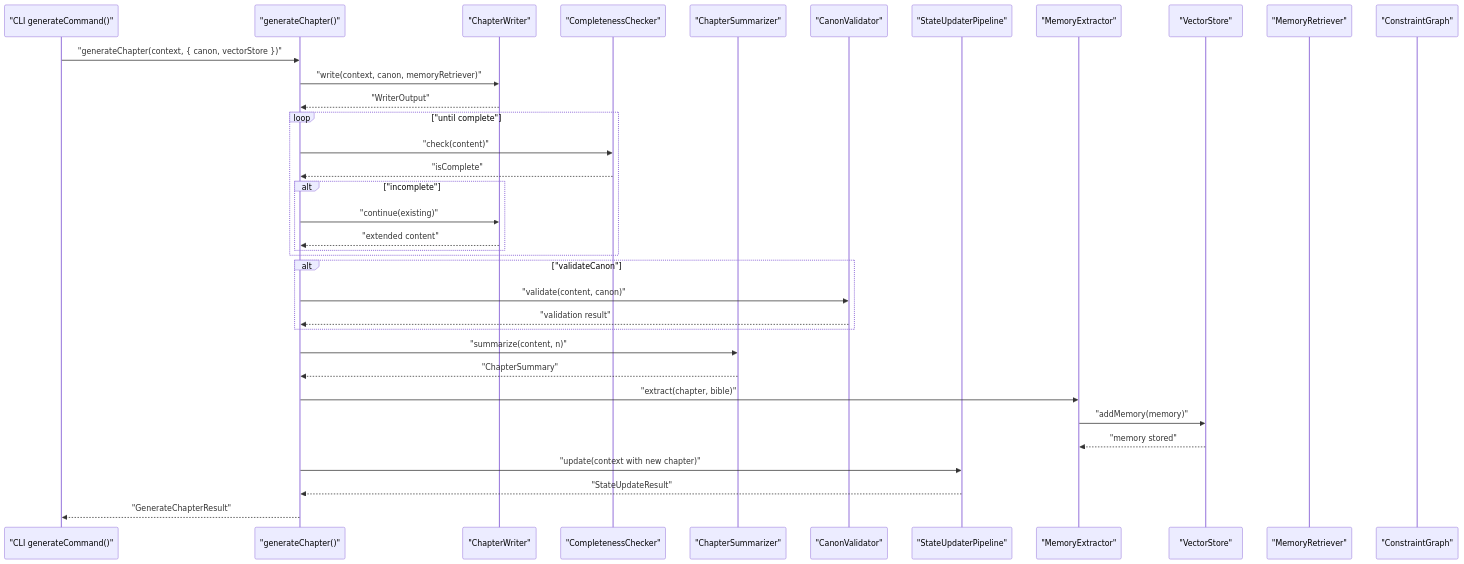
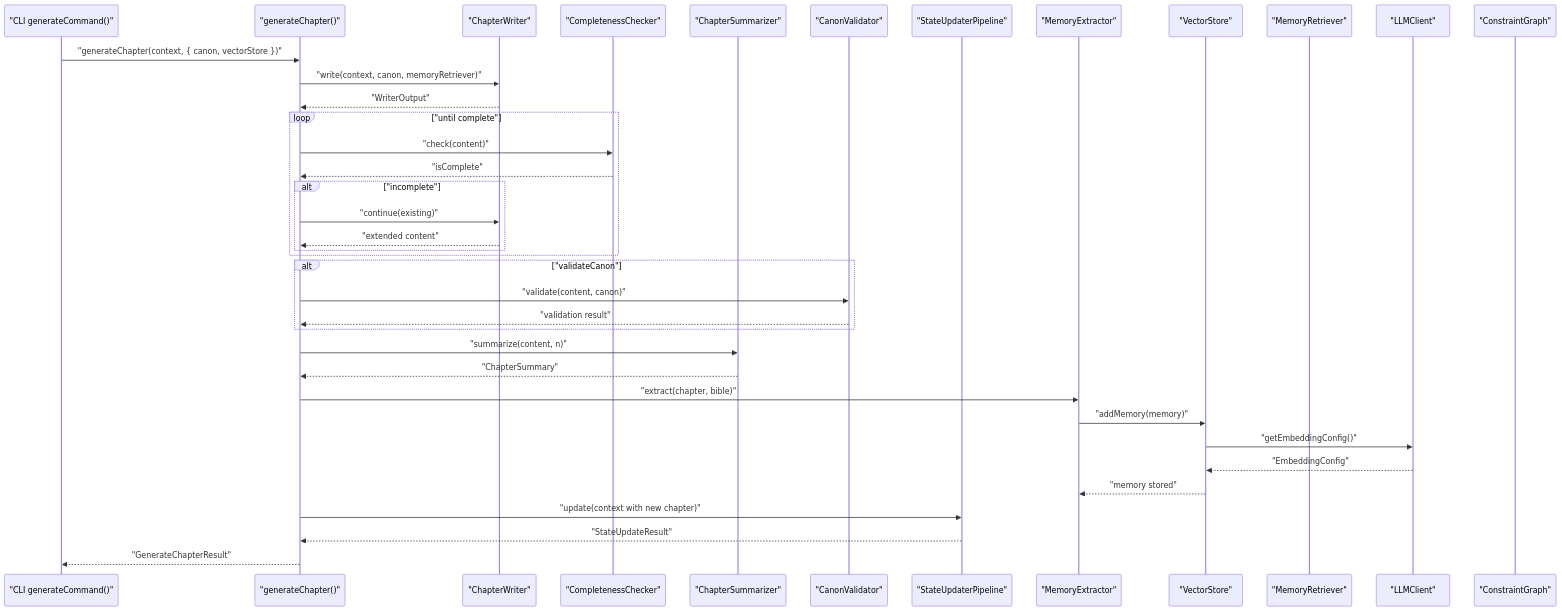
One commit to liwonder/NARRITIVE_OS changed the second of 14 diagrams in .qoder/repowiki/en/content/Memory Management System/Memory Management System.md. Above: the diagram before and after it, drawn with Mermaid. The commit also changed other lines of this file and 12 other files, not shown here.

````diff
--- a/.qoder/repowiki/en/content/Memory Management System/Memory Management System.md
+++ b/.qoder/repowiki/en/content/Memory Management System/Memory Management System.md
@@ -175,37 +189,40 @@
 ```mermaid
 sequenceDiagram
 participant CLI as "CLI generateCommand()"
 participant Pipe as "generateChapter()"
 participant Writer as "ChapterWriter"
 participant Comp as "CompletenessChecker"
 participant Sum as "ChapterSummarizer"
 participant Val as "CanonValidator"
 participant StateUp as "StateUpdaterPipeline"
 participant ME as "MemoryExtractor"
 participant VS as "VectorStore"
 participant MR as "MemoryRetriever"
+participant LC as "LLMClient"
 participant CG as "ConstraintGraph"
 CLI->>Pipe : "generateChapter(context, { canon, vectorStore })"
 Pipe->>Writer : "write(context, canon, memoryRetriever)"
 Writer-->>Pipe : "WriterOutput"
 loop "until complete"
 Pipe->>Comp : "check(content)"
 Comp-->>Pipe : "isComplete"
 alt "incomplete"
 Pipe->>Writer : "continue(existing)"
 Writer-->>Pipe : "extended content"
 end
 end
 alt "validateCanon"
 Pipe->>Val : "validate(content, canon)"
 Val-->>Pipe : "validation result"
 end
 Pipe->>Sum : "summarize(content, n)"
 Sum-->>Pipe : "ChapterSummary"
 Pipe->>ME : "extract(chapter, bible)"
 ME->>VS : "addMemory(memory)"
+VS->>LC : "getEmbeddingConfig()"
+LC-->>VS : "EmbeddingConfig"
 VS-->>ME : "memory stored"
 Pipe->>StateUp : "update(context with new chapter)"
 StateUp-->>Pipe : "StateUpdateResult"
 Pipe-->>CLI : "GenerateChapterResult"
 ```
````
